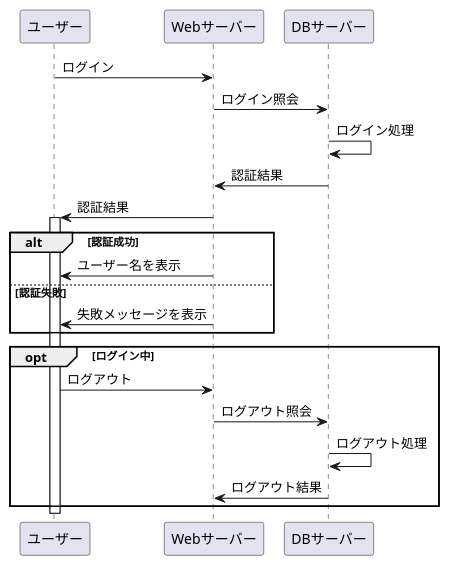
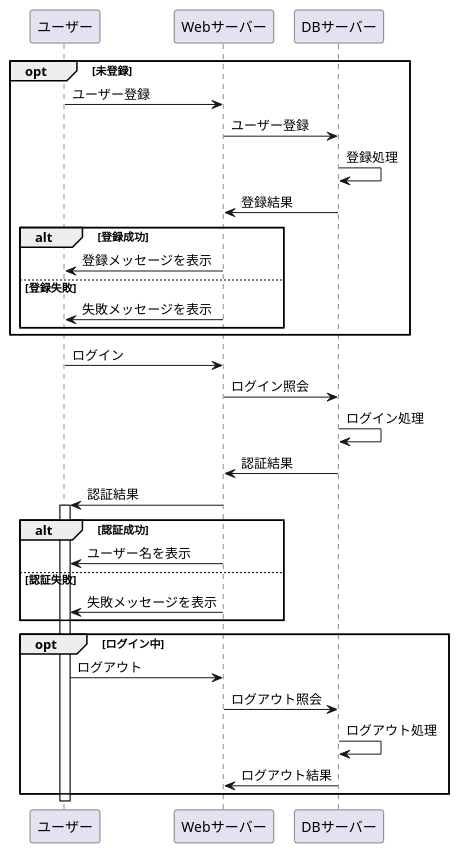
One commit to Aso2001384/2021sys-design changed the diagram in ECsite_login.md. Above: the diagram before and after it, drawn with PlantUML.

````diff
--- a/ECsite_login.md
+++ b/ECsite_login.md
@@ -1,31 +1,44 @@
 ```uml
 @startuml
+
+opt 未登録
+ユーザー -> Webサーバー : ユーザー登録
+Webサーバー -> DBサーバー : ユーザー登録
+DBサーバー -> DBサーバー : 登録処理
+DBサーバー -> Webサーバー : 登録結果
+
+alt 登録成功
+Webサーバー -> ユーザー : 登録メッセージを表示
+else 登録失敗
+Webサーバー -> ユーザー : 失敗メッセージを表示
+end
+end
 
 ユーザー -> Webサーバー : ログイン
 Webサーバー -> DBサーバー : ログイン照会
 DBサーバー -> DBサーバー : ログイン処理
 DBサーバー -> Webサーバー : 認証結果
 Webサーバー -> ユーザー : 認証結果
 
 activate ユーザー
 
 alt 認証成功
 Webサーバー -> ユーザー : ユーザー名を表示
 
 else 認証失敗
 Webサーバー -> ユーザー : 失敗メッセージを表示
 
 end
 
 opt ログイン中
 
 ユーザー -> Webサーバー : ログアウト
 Webサーバー -> DBサーバー : ログアウト照会
 DBサーバー -> DBサーバー : ログアウト処理
 DBサーバー -> Webサーバー : ログアウト結果
 
 end
 
 deactivate ユーザー
 @enduml
 ```
````
